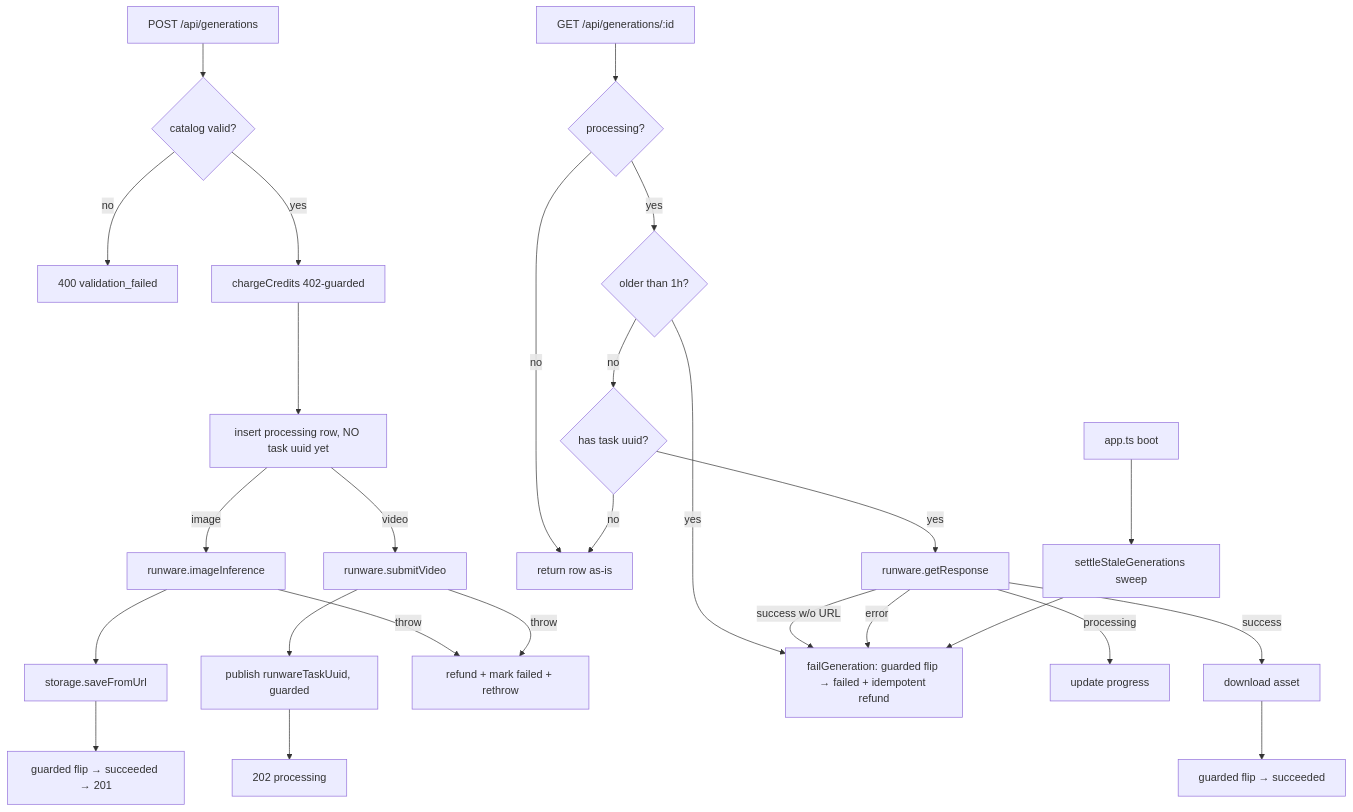
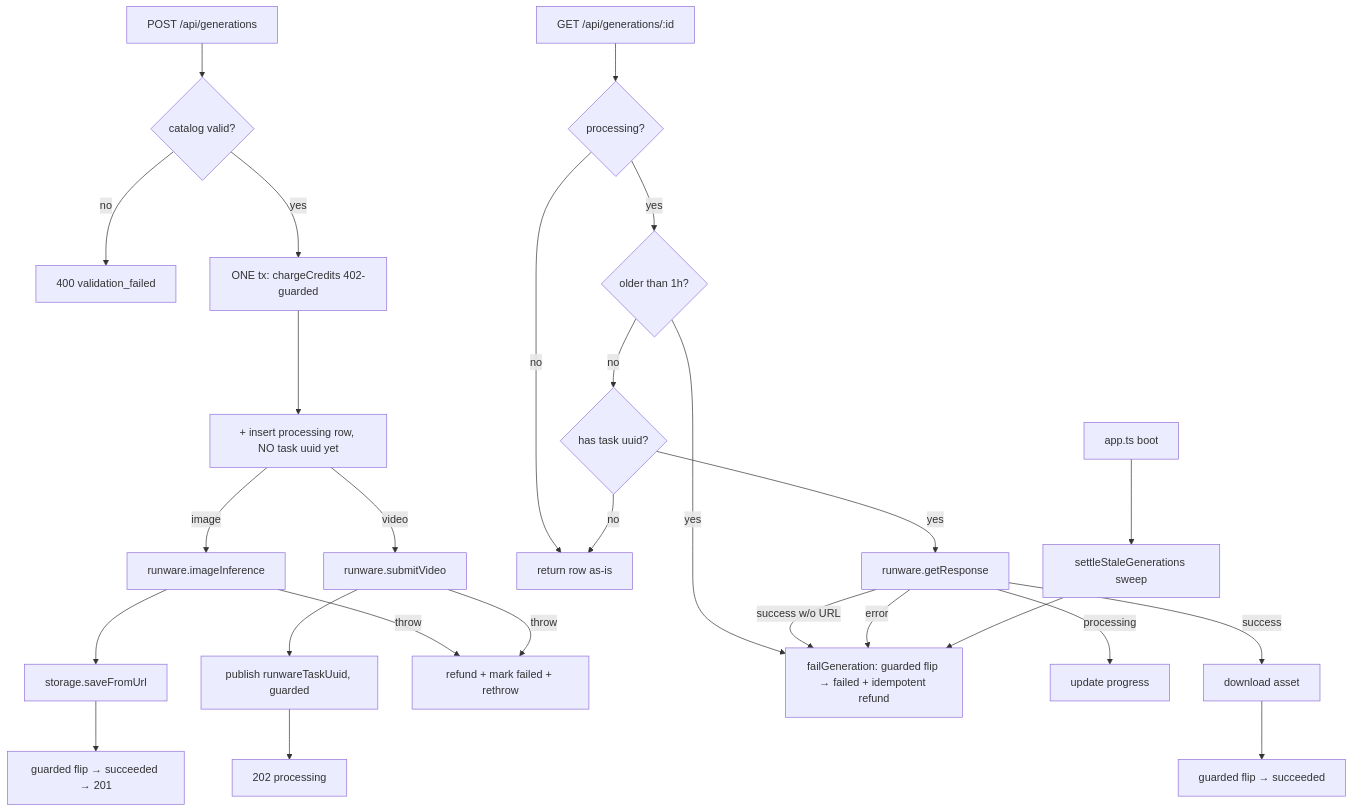
The diagram in apps/api/src/modules/generations/service.ts.md (AzamatRaimbekov2/openCreate), drawn with Mermaid before and after one commit. The commit also changed other lines of this file and 4 other files, not shown here.

Commit message:
fix(api): atomic charge+insert and failure settlement

````diff
--- a/apps/api/src/modules/generations/service.ts.md
+++ b/apps/api/src/modules/generations/service.ts.md
@@ -27,23 +27,23 @@
 ```mermaid
 flowchart TD
   P[POST /api/generations] --> V{catalog valid?}
   V -- no --> E400[400 validation_failed]
-  V -- yes --> C[chargeCredits 402-guarded]
-  C --> R[insert processing row, NO task uuid yet]
+  V -- yes --> C[ONE tx: chargeCredits 402-guarded]
+  C --> R[+ insert processing row, NO task uuid yet]
   R -- image --> I[runware.imageInference] --> S[storage.saveFromUrl] --> GTX[guarded flip → succeeded → 201]
   R -- video --> SV[runware.submitVideo] --> PU[publish runwareTaskUuid, guarded] --> A[202 processing]
   I -- throw --> RF[refund + mark failed + rethrow]
   SV -- throw --> RF
   G[GET /api/generations/:id] --> Q{processing?}
   Q -- no --> DTO[return row as-is]
   Q -- yes --> ST{older than 1h?}
   ST -- yes --> TF
   ST -- no --> HU{has task uuid?}
   HU -- no --> DTO
   HU -- yes --> PL[runware.getResponse]
   PL -- processing --> UP[update progress]
   PL -- success w/o URL --> TF
   PL -- success --> DL[download asset] --> TX[guarded flip → succeeded]
   PL -- error --> TF[failGeneration: guarded flip → failed + idempotent refund]
   B[app.ts boot] --> SW[settleStaleGenerations sweep] --> TF
 ```
````
